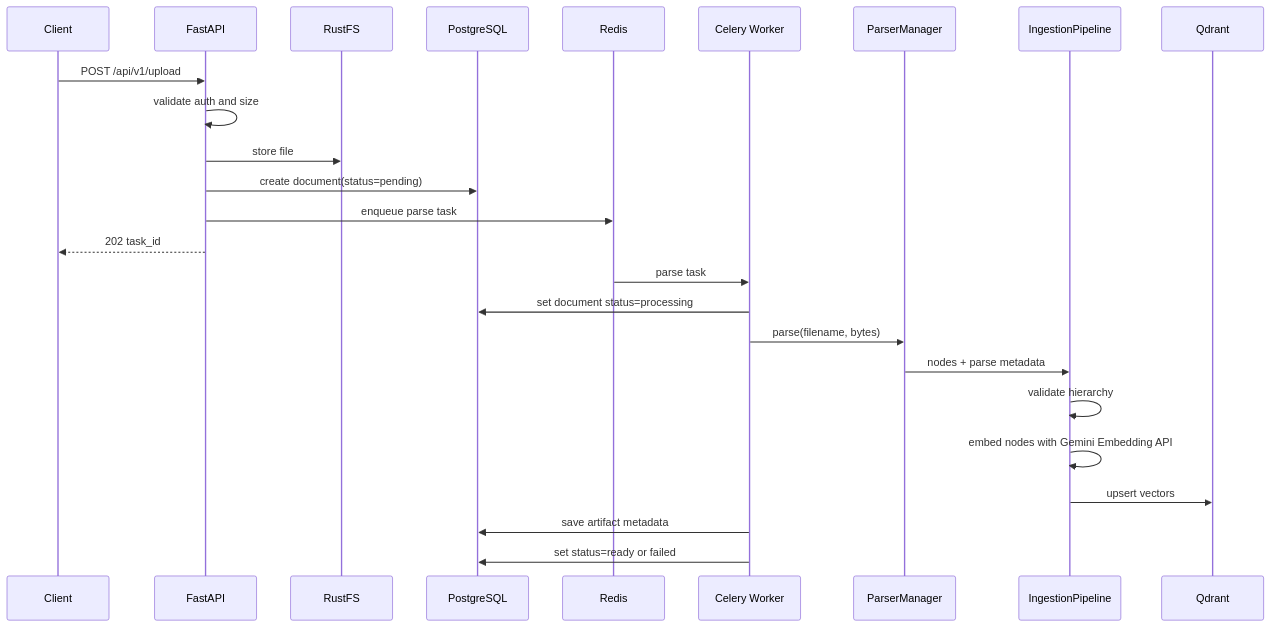
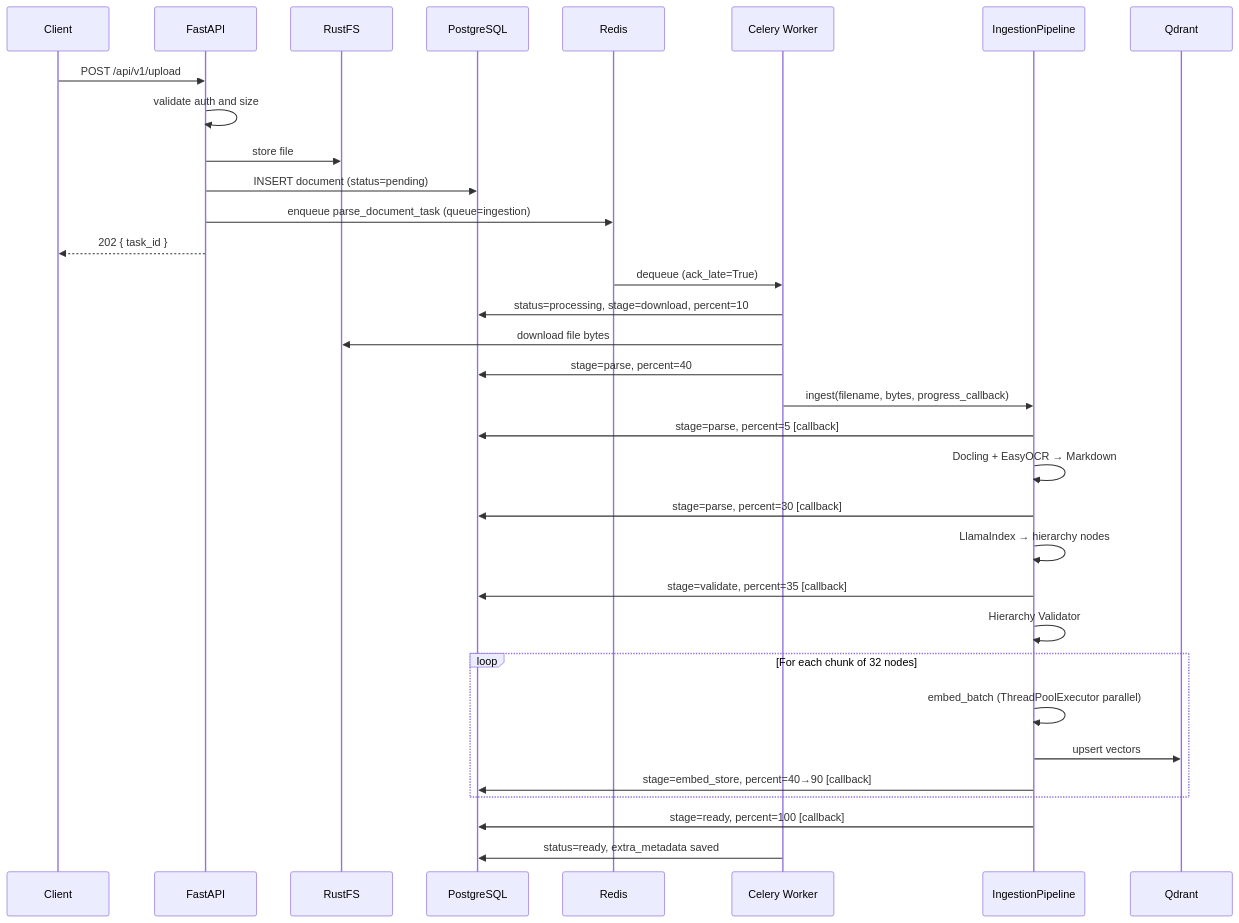
Before and after one commit to qtuanph/chatbot-rag: the first of 3 diagrams in docs/03_CORE_WORKFLOWS.md, drawn with Mermaid. The commit also changed other lines of this file and 28 other files, not shown here.

Commit message:
feat: implement RAG ingestion pipeline with multi-adapter embedding support and parallel batch processing

````diff
--- a/docs/03_CORE_WORKFLOWS.md
+++ b/docs/03_CORE_WORKFLOWS.md
@@ -7,29 +7,41 @@
 ```mermaid
 sequenceDiagram
     participant Client
     participant API as FastAPI
     participant RustFS
     participant DB as PostgreSQL
     participant Redis
     participant Worker as Celery Worker
-    participant Parser as ParserManager
     participant Pipeline as IngestionPipeline
     participant Qdrant
 
     Client->>API: POST /api/v1/upload
     API->>API: validate auth and size
     API->>RustFS: store file
-    API->>DB: create document(status=pending)
-    API->>Redis: enqueue parse task
-    API-->>Client: 202 task_id
+    API->>DB: INSERT document (status=pending)
+    API->>Redis: enqueue parse_document_task (queue=ingestion)
+    API-->>Client: 202 { task_id }
 
-    Redis->>Worker: parse task
-    Worker->>DB: set document status=processing
-    Worker->>Parser: parse(filename, bytes)
-    Parser->>Pipeline: nodes + parse metadata
-    Pipeline->>Pipeline: validate hierarchy
-    Pipeline->>Pipeline: embed nodes with Gemini Embedding API
-    Pipeline->>Qdrant: upsert vectors
-    Worker->>DB: save artifact metadata
-    Worker->>DB: set status=ready or failed
+    Redis->>Worker: dequeue (ack_late=True)
+    Worker->>DB: status=processing, stage=download, percent=10
+    Worker->>RustFS: download file bytes
+
+    Worker->>DB: stage=parse, percent=40
+    Worker->>Pipeline: ingest(filename, bytes, progress_callback)
+
+    Pipeline->>DB: stage=parse, percent=5  [callback]
+    Pipeline->>Pipeline: Docling + EasyOCR → Markdown
+    Pipeline->>DB: stage=parse, percent=30 [callback]
+    Pipeline->>Pipeline: LlamaIndex → hierarchy nodes
+    Pipeline->>DB: stage=validate, percent=35 [callback]
+    Pipeline->>Pipeline: Hierarchy Validator
+
+    loop For each chunk of 32 nodes
+        Pipeline->>Pipeline: embed_batch (ThreadPoolExecutor parallel)
+        Pipeline->>Qdrant: upsert vectors
+        Pipeline->>DB: stage=embed_store, percent=40→90 [callback]
+    end
+
+    Pipeline->>DB: stage=ready, percent=100 [callback]
+    Worker->>DB: status=ready, extra_metadata saved
 ```
````
